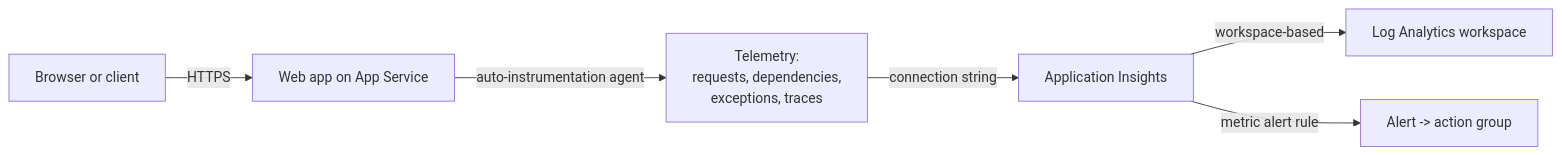
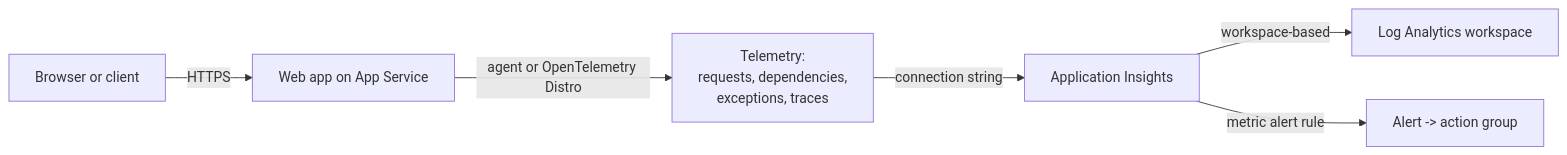
Before and after one commit to Azure-Samples/app-service-labs: the diagram in docs/monitoring-and-diagnostics/application-insights.md, drawn with Mermaid. The commit also changed other lines of this file and 18 other files, not shown here.

````diff
--- a/docs/monitoring-and-diagnostics/application-insights.md
+++ b/docs/monitoring-and-diagnostics/application-insights.md
@@ -54,8 +62,8 @@
 ```mermaid
 flowchart LR
   U[Browser or client] -->|HTTPS| APP[Web app on App Service]
-  APP -->|auto-instrumentation agent| TEL[Telemetry:<br/>requests, dependencies,<br/>exceptions, traces]
+  APP -->|agent or OpenTelemetry Distro| TEL[Telemetry:<br/>requests, dependencies,<br/>exceptions, traces]
   TEL -->|connection string| AI[Application Insights]
   AI -->|workspace-based| LAW[Log Analytics workspace]
   AI -->|metric alert rule| AL[Alert -> action group]
 ```
````
